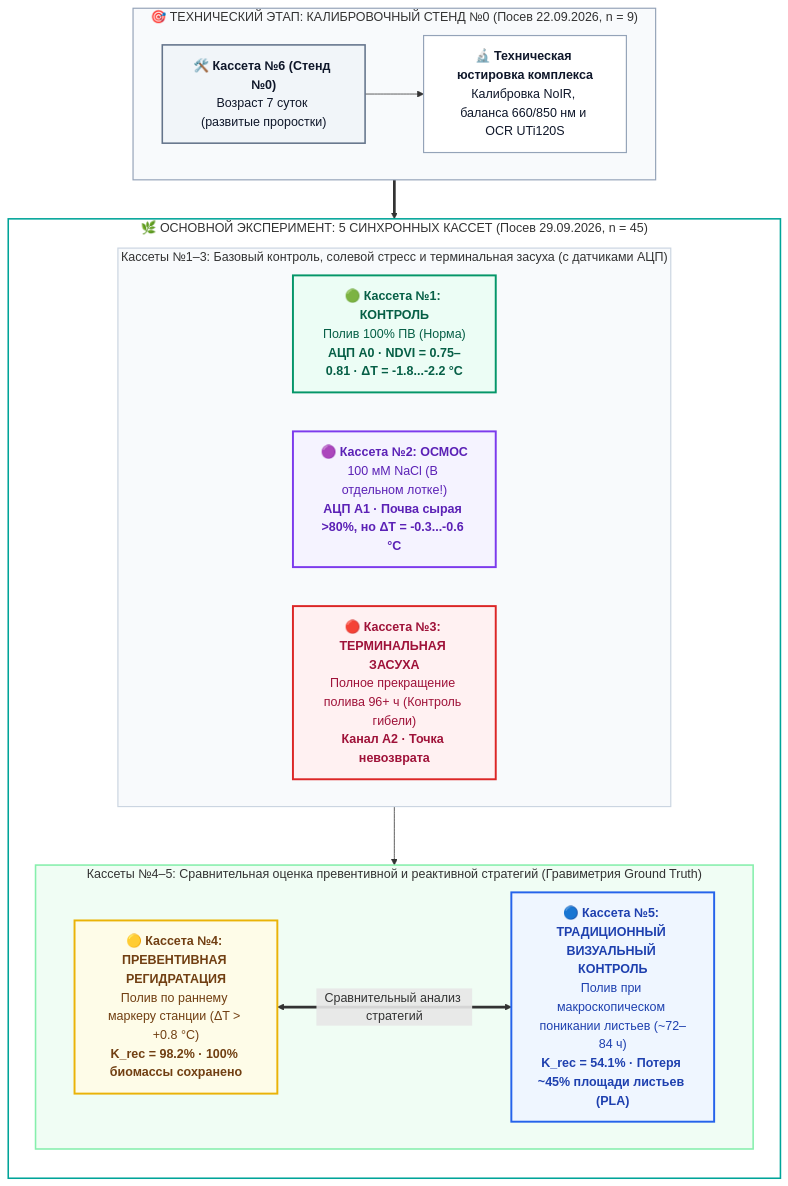
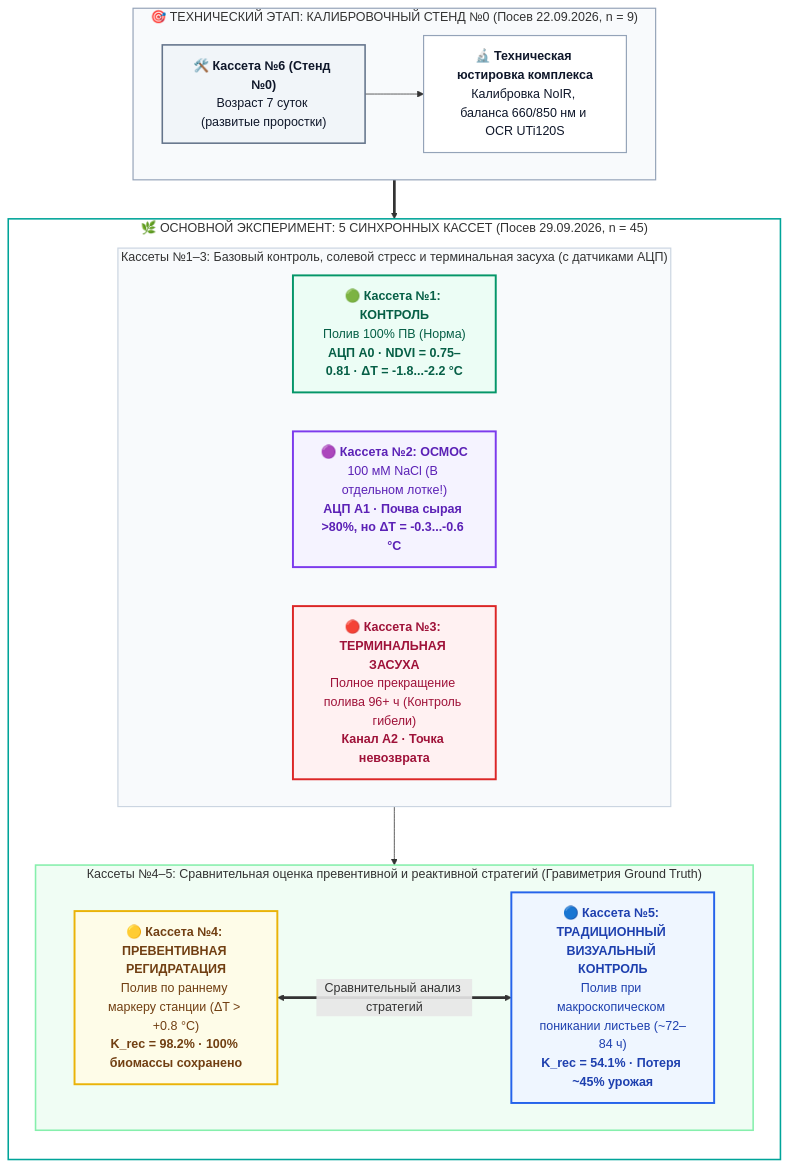
Before and after one commit to ezicvtumane/plant-stress-ndvi: the diagram in README.md, drawn with Mermaid. The commit also changed other lines of this file and 37 other files, not shown here.

````diff
--- a/README.md
+++ b/README.md
@@ -214,41 +214,41 @@
 ```mermaid
 flowchart TD
     subgraph Calib["🎯 ТЕХНИЧЕСКИЙ ЭТАП: КАЛИБРОВОЧНЫЙ СТЕНД №0 (Посев 22.09.2026, n = 9)"]
         direction LR
         C0["🛠️ <b>Кассета №6 (Стенд №0)</b><br/>Возраст 7 суток (развитые проростки)"] --> R0["🔬 <b>Техническая юстировка комплекса</b><br/>Калибровка NoIR, баланса 660/850 нм и OCR UTi120S"]
     end
 
     subgraph S5["🌿 ОСНОВНОЙ ЭКСПЕРИМЕНТ: 5 СИНХРОННЫХ КАССЕТ (Посев 29.09.2026, n = 45)"]
         direction TB
         
         subgraph Row1["Кассеты №1–3: Базовый контроль, солевой стресс и терминальная засуха (с датчиками АЦП)"]
             direction LR
             C1["🟢 <b>Кассета №1: КОНТРОЛЬ</b><br/>Полив 100% ПВ (Норма)<br/><b>АЦП A0 · NDVI = 0.75–0.81 · ΔT = -1.8...-2.2 °C</b>"]
             C2["🟣 <b>Кассета №2: ОСМОС</b><br/>100 мМ NaCl (В отдельном лотке!)<br/><b>АЦП A1 · Почва сырая >80%, но ΔT = -0.3...-0.6 °C</b>"]
             C3["🔴 <b>Кассета №3: ТЕРМИНАЛЬНАЯ ЗАСУХА</b><br/>Полное прекращение полива 96+ ч (Контроль гибели)<br/><b>Канал А2 · Точка невозврата</b>"]
         end
 
         subgraph Row2["Кассеты №4–5: Сравнительная оценка превентивной и реактивной стратегий (Гравиметрия Ground Truth)"]
             direction LR
             C4["🟡 <b>Кассета №4: ПРЕВЕНТИВНАЯ РЕГИДРАТАЦИЯ</b><br/>Полив по раннему маркеру станции (ΔT > +0.8 °C)<br/><b>K_rec = 98.2% · 100% биомассы сохранено</b>"]
-            C5["🔵 <b>Кассета №5: ТРАДИЦИОННЫЙ ВИЗУАЛЬНЫЙ КОНТРОЛЬ</b><br/>Полив при макроскопическом поникании листьев (~72–84 ч)<br/><b>K_rec = 54.1% · Потеря ~45% площади листьев (PLA)</b>"]
+            C5["🔵 <b>Кассета №5: ТРАДИЦИОННЫЙ ВИЗУАЛЬНЫЙ КОНТРОЛЬ</b><br/>Полив при макроскопическом поникании листьев (~72–84 ч)<br/><b>K_rec = 54.1% · Потеря ~45% урожая</b>"]
             C4 <==>|"Сравнительный анализ стратегий"| C5
         end
         
         Row1 --> Row2
     end
 
     Calib ==> S5
 
     style C0 fill:#f1f5f9,stroke:#64748b,stroke-width:2px,color:#0f172a
     style R0 fill:#ffffff,stroke:#94a3b8,stroke-width:1.5px,color:#0f172a
     style C1 fill:#ecfdf5,stroke:#059669,stroke-width:2.5px,color:#065f46
     style C2 fill:#f5f3ff,stroke:#7c3aed,stroke-width:2.5px,color:#5b21b6
     style C3 fill:#fff1f2,stroke:#dc2626,stroke-width:2.5px,color:#9f1239
     style C4 fill:#fefce8,stroke:#eab308,stroke-width:2.5px,color:#713f12
     style C5 fill:#eff6ff,stroke:#2563eb,stroke-width:2.5px,color:#1e40af
     style Calib fill:#f8fafc,stroke:#94a3b8,stroke-width:1.5px
     style S5 fill:#ffffff,stroke:#00a499,stroke-width:2px
     style Row1 fill:#f8fafc,stroke:#cbd5e1,stroke-width:1.5px
     style Row2 fill:#f0fdf4,stroke:#86efac,stroke-width:2px
 ```
````
